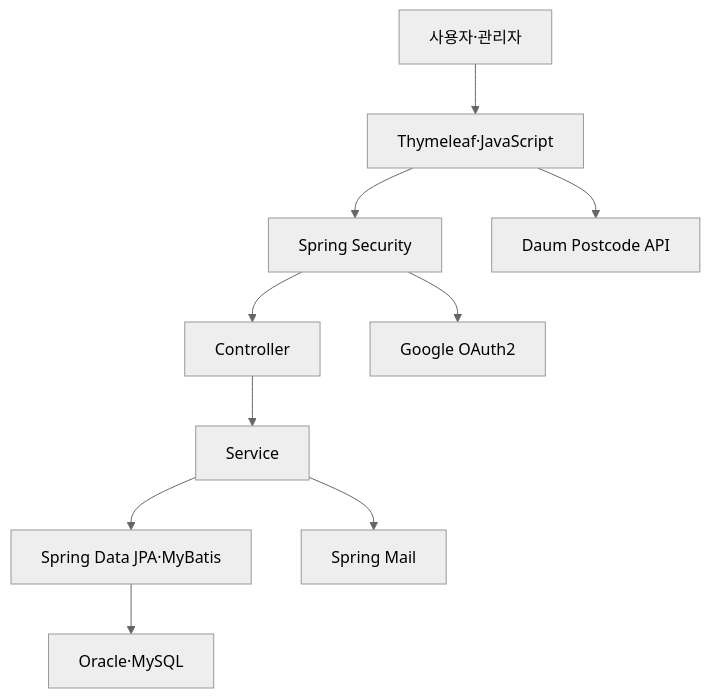
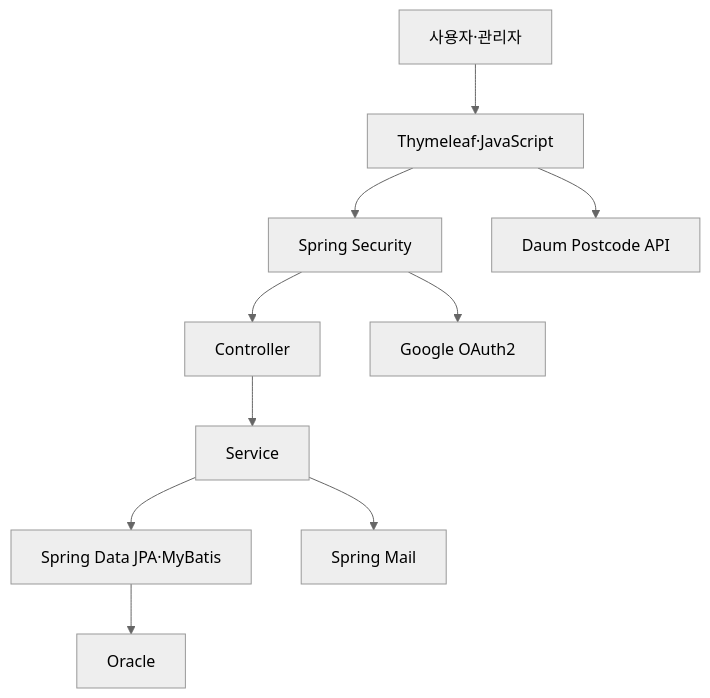
One commit to whdqhd4149/Project2_GreenGarden_Team3 changed the first of 2 diagrams in README.md. Above: the diagram before and after it, drawn with Mermaid (neutral theme). The commit also changed other lines of this file, not shown here.

````diff
--- a/README.md
+++ b/README.md
@@ -70,13 +70,13 @@
 ```mermaid
 flowchart TD
     A["사용자·관리자"] --> B["Thymeleaf·JavaScript"]
     B --> C["Spring Security"]
     C --> D["Controller"]
     D --> E["Service"]
     E --> F["Spring Data JPA·MyBatis"]
-    F --> G["Oracle·MySQL"]
+    F --> G["Oracle"]
 
     C --> H["Google OAuth2"]
     E --> I["Spring Mail"]
     B --> J["Daum Postcode API"]
 ```
````
